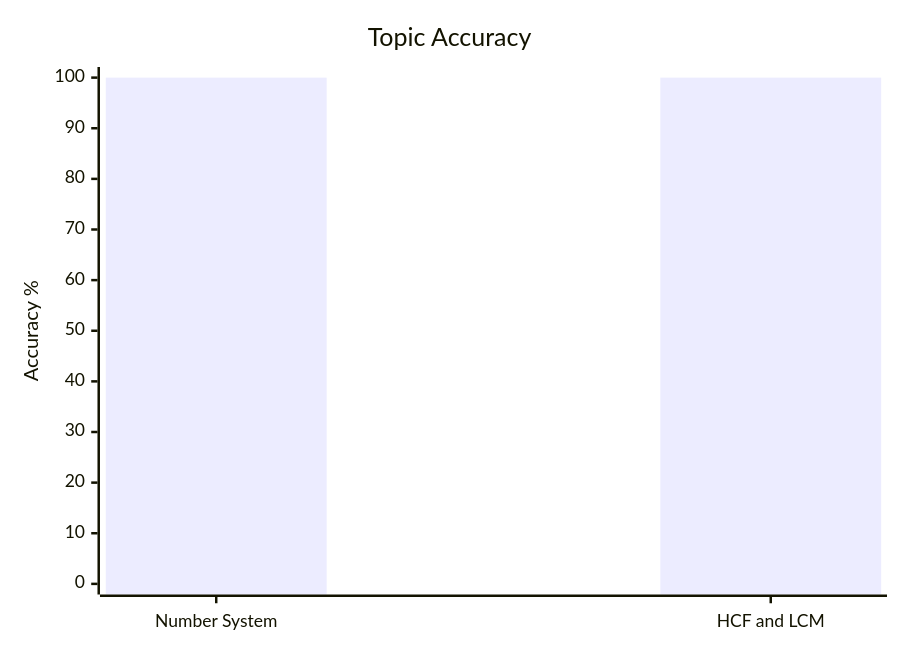
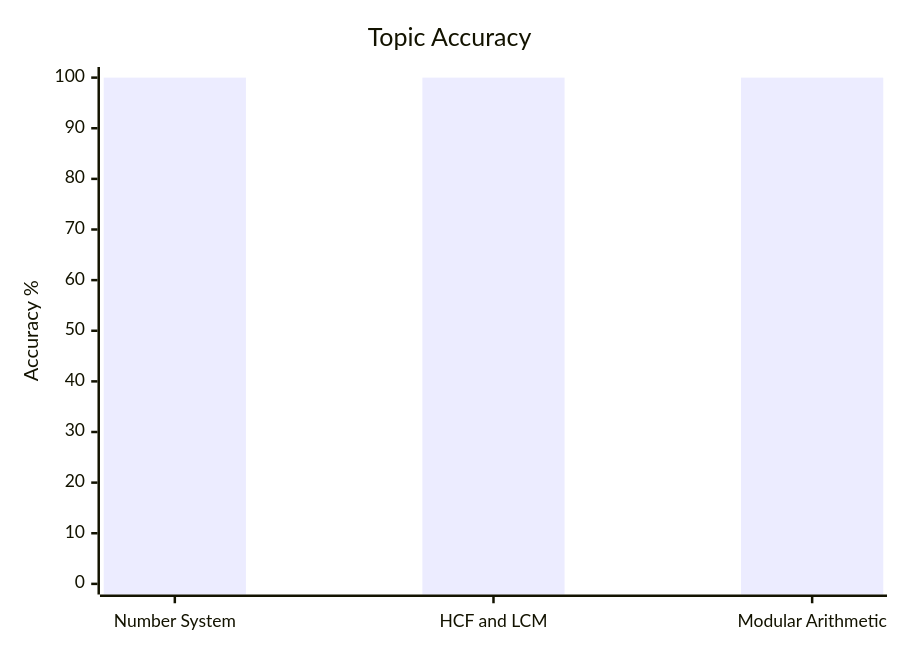
The first of 3 diagrams in content/cds/math/math_overview.md (skc-coder/SAGE), drawn with Mermaid before and after one commit. The commit also changed other lines of this file and 3 other files, not shown here.

Commit message:
feat(math): create dedicated Modular Arithmetic chapter, subtopics, and practice questions

````diff
--- a/content/cds/math/math_overview.md
+++ b/content/cds/math/math_overview.md
@@ -22,7 +23,7 @@
 ```mermaid
 xychart-beta
     title "Topic Accuracy"
-    x-axis ["Number System", "HCF and LCM"]
+    x-axis ["Number System", "HCF and LCM", "Modular Arithmetic"]
     y-axis "Accuracy %" 0 --> 100
-    bar [100, 100]
+    bar [100, 100, 100]
 ```
````
